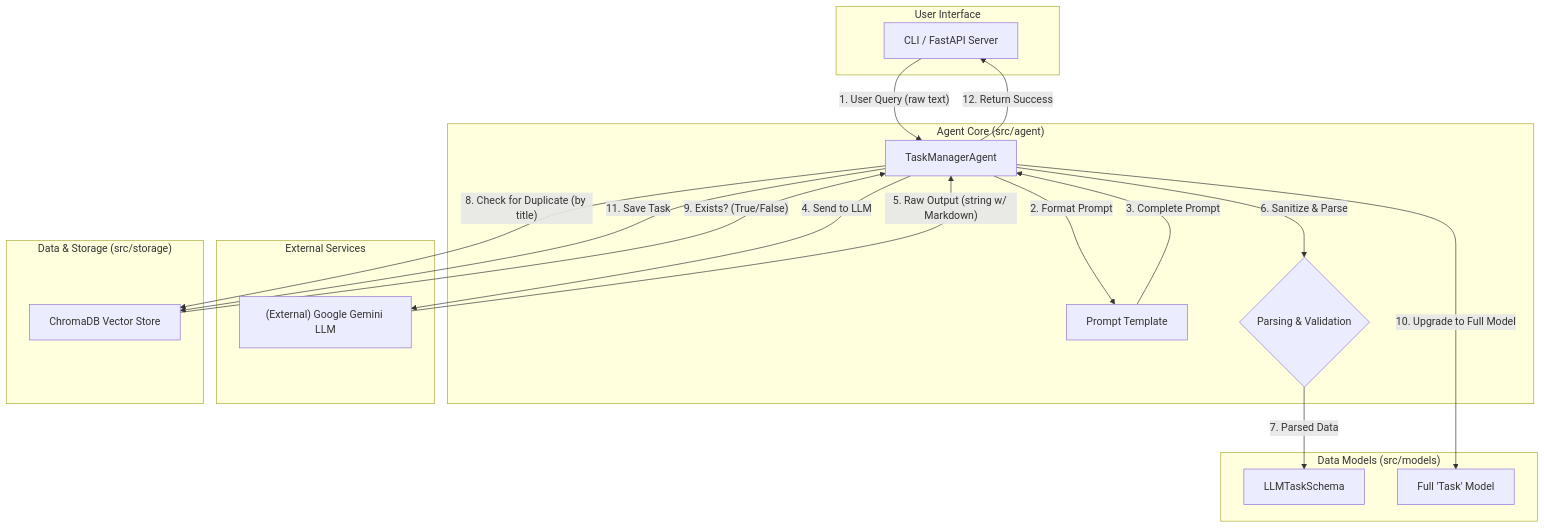
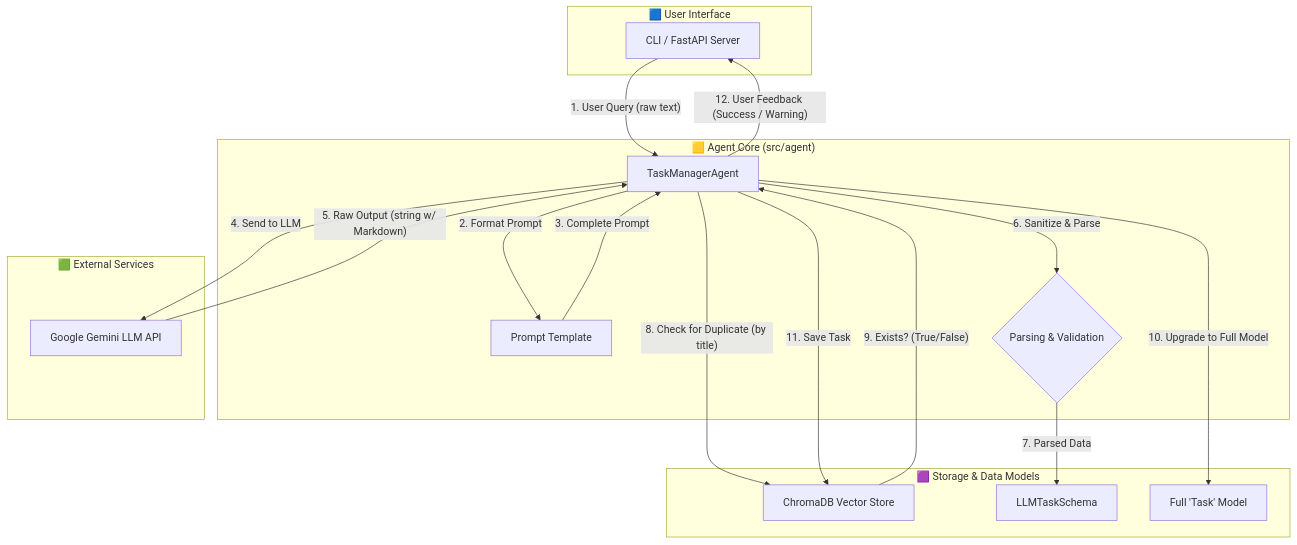
The diagram in docs/system_design.md (AshwinBalaji007/task-agent), drawn with Mermaid before and after one commit. The commit also changed other lines of this file, not shown here.

Commit message:
Revise system design documentation for clarity
Updated system design document with detailed architecture and data flow explanations.

````diff
--- a/docs/system_design.md
+++ b/docs/system_design.md
@@ -20,38 +20,35 @@
 ```mermaid
 graph TD
-    subgraph "User Interface"
+    subgraph "🟦 User Interface"
         A[CLI / FastAPI Server]
     end
 
-    subgraph "Agent Core (src/agent)"
+    subgraph "🟨 Agent Core (src/agent)"
         B[TaskManagerAgent]
         C[Prompt Template]
         D{Parsing & Validation}
     end
 
-    subgraph "External Services"
-        E["(External) Google Gemini LLM"]
+    subgraph "🟩 External Services"
+        E["Google Gemini LLM API"]
     end
 
-    subgraph "Data & Storage (src/storage)"
+    subgraph "🟪 Storage & Data Models"
         F[ChromaDB Vector Store]
-    end
-
-    subgraph "Data Models (src/models)"
         G[LLMTaskSchema]
         H[Full 'Task' Model]
     end
 
     A -- "1. User Query (raw text)" --> B
     B -- "2. Format Prompt" --> C
     C -- "3. Complete Prompt" --> B
     B -- "4. Send to LLM" --> E
     E -- "5. Raw Output (string w/ Markdown)" --> B
     B -- "6. Sanitize & Parse" --> D
     D -- "7. Parsed Data" --> G
     B -- "8. Check for Duplicate (by title)" --> F
     F -- "9. Exists? (True/False)" --> B
     B -- "10. Upgrade to Full Model" --> H
     B -- "11. Save Task" --> F
-    B -- "12. Return Success" --> A
+    B -- "12. User Feedback (Success / Warning)" --> A
 ```
````
